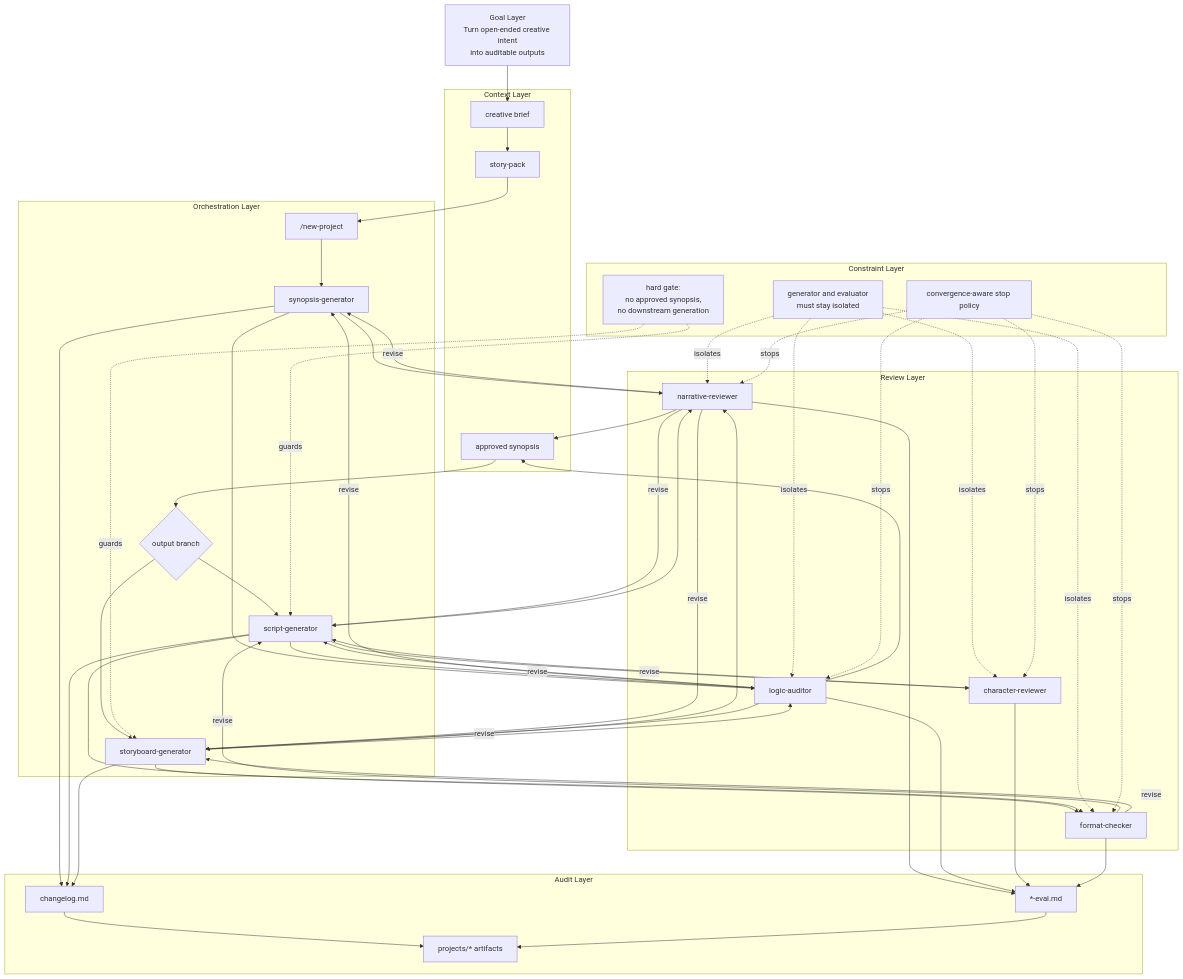
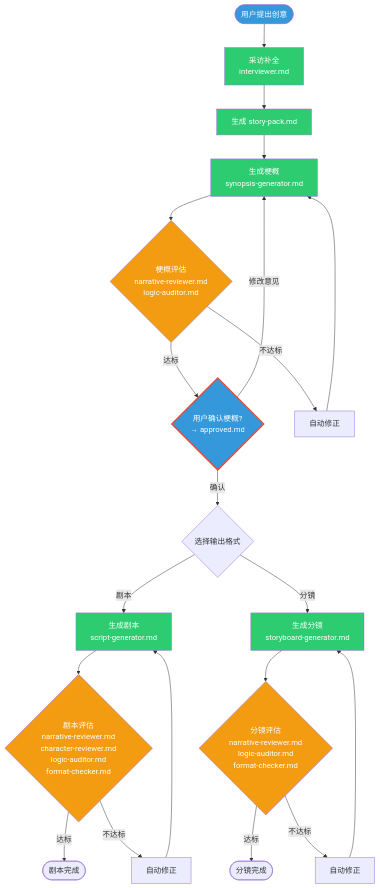
The first of 3 diagrams in README.en.md (zhiyuzi/StoryForge), drawn with Mermaid before and after one commit. The commit also changed other lines of this file and 1 other file, not shown here.

Commit message:
docs(readme): reuse system diagrams

````diff
--- a/README.en.md
+++ b/README.en.md
@@ -52,83 +58,33 @@
 ```mermaid
 flowchart TD
-    A["Goal Layer<br/>Turn open-ended creative intent<br/>into auditable outputs"] --> B
+    A([用户提出创意]) --> B["采访补全<br>interviewer.md"]
+    B --> C["生成 story-pack.md"]
+    C --> D["生成梗概<br>synopsis-generator.md"]
+    D --> E{"梗概评估<br>narrative-reviewer.md<br>logic-auditor.md"}
+    E -->|达标| F
+    E -->|不达标| G[自动修正]
+    G --> D
+    F:::hardgate
+    F{"用户确认梗概?<br>→ approved.md"}
+    F -->|确认| H{选择输出格式}
+    F -->|修改意见| D
+    H -->|剧本| I["生成剧本<br>script-generator.md"]
+    H -->|分镜| J["生成分镜<br>storyboard-generator.md"]
+    I --> K{"剧本评估<br>narrative-reviewer.md<br>character-reviewer.md<br>logic-auditor.md<br>format-checker.md"}
+    K -->|达标| L([剧本完成])
+    K -->|不达标| M[自动修正]
+    M --> I
+    J --> N{"分镜评估<br>narrative-reviewer.md<br>logic-auditor.md<br>format-checker.md"}
+    N -->|达标| O([分镜完成])
+    N -->|不达标| P[自动修正]
+    P --> J
 
-    subgraph Context["Context Layer"]
-        B["creative brief"]
-        C["story-pack"]
-        D["approved synopsis"]
-    end
+    classDef hardgate stroke:#e74c3c,stroke-width:3px
+    classDef user fill:#3498db,color:#fff
+    classDef gen fill:#2ecc71,color:#fff
+    classDef eval fill:#f39c12,color:#fff
 
-    subgraph Orchestration["Orchestration Layer"]
-        E["/new-project"]
-        F["synopsis-generator"]
-        G{"output branch"}
-        H["script-generator"]
-        I["storyboard-generator"]
-    end
-
-    subgraph Review["Review Layer"]
-        J["narrative-reviewer"]
-        K["logic-auditor"]
-        L["character-reviewer"]
-        M["format-checker"]
-    end
-
-    subgraph Constraint["Constraint Layer"]
-        N["hard gate:<br/>no approved synopsis,<br/>no downstream generation"]
-        O["generator and evaluator<br/>must stay isolated"]
-        P["convergence-aware stop policy"]
-    end
-
-    subgraph Audit["Audit Layer"]
-        Q["changelog.md"]
-        R["*-eval.md"]
-        S["projects/* artifacts"]
-    end
-
-    B --> C
-    C --> E
-    E --> F
-    F --> J
-    F --> K
-    J -->|revise| F
-    K -->|revise| F
-    J --> D
-    K --> D
-    D --> G
-    G --> H
-    G --> I
-    H --> J
-    H --> K
-    H --> L
-    H --> M
-    I --> J
-    I --> K
-    I --> M
-    J -->|revise| H
-    K -->|revise| H
-    L -->|revise| H
-    M -->|revise| H
-    J -->|revise| I
-    K -->|revise| I
-    M -->|revise| I
-    N -.guards.-> H
-    N -.guards.-> I
-    O -.isolates.-> J
-    O -.isolates.-> K
-    O -.isolates.-> L
-    O -.isolates.-> M
-    P -.stops.-> J
-    P -.stops.-> K
-    P -.stops.-> L
-    P -.stops.-> M
-    F --> Q
-    H --> Q
-    I --> Q
-    J --> R
-    K --> R
-    L --> R
-    M --> R
-    Q --> S
-    R --> S
+    class A,F user
+    class B,C,D,I,J gen
+    class E,K,N eval
 ```
````
